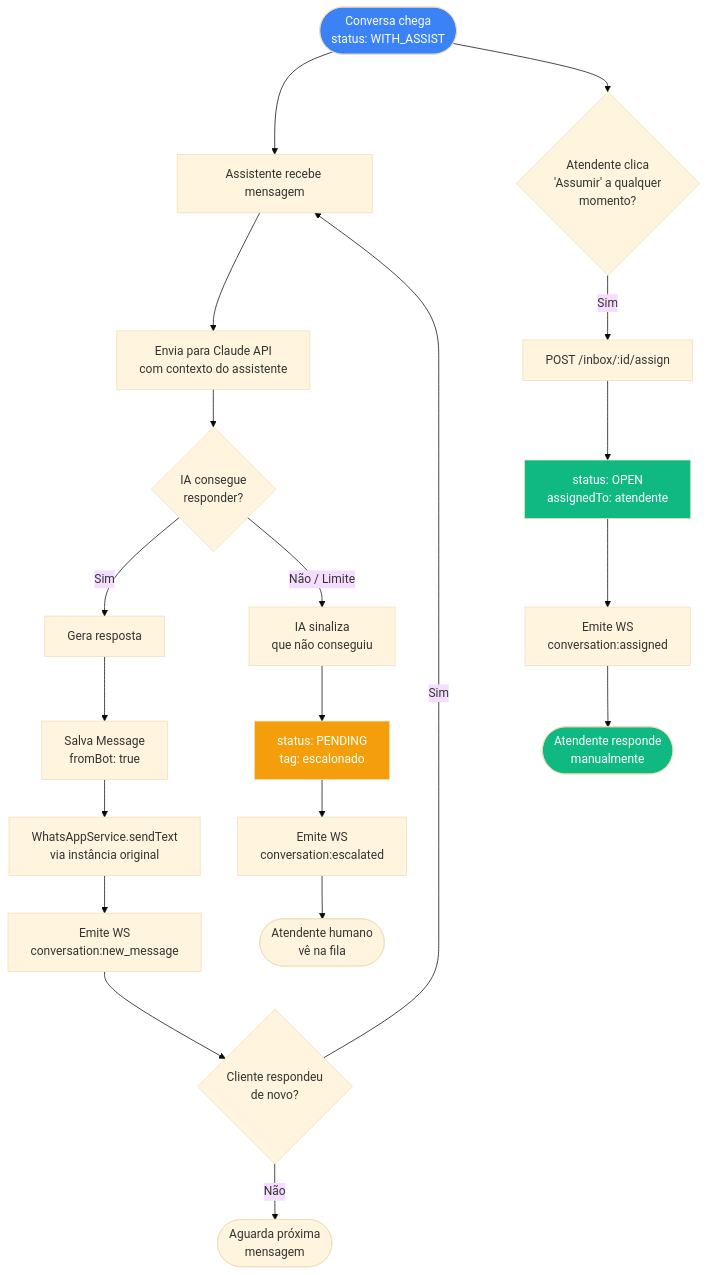
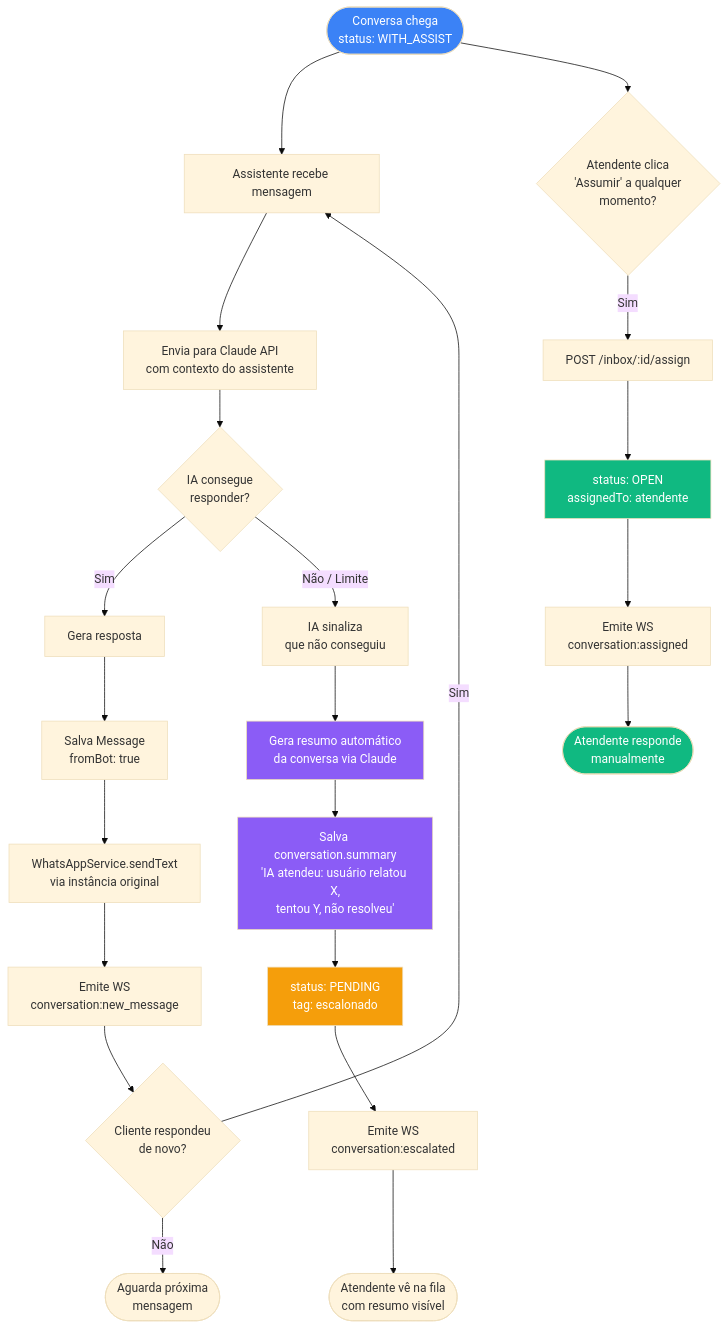
The third of 8 diagrams in docs/flows/FLUXOS.md (VictorD19/whatsapp-tools), drawn with Mermaid (base theme) before and after one commit. The commit also changed other lines of this file, not shown here.

First line of the commit message:
docs: atualiza fluxogramas com encerramento assistido por IA e campo summary

````diff
--- a/docs/flows/FLUXOS.md
+++ b/docs/flows/FLUXOS.md
@@ -83,30 +83,34 @@
 ```mermaid
 flowchart TD
     A([Conversa chega\nstatus: WITH_ASSIST]) --> B[Assistente recebe mensagem]
     B --> C[Envia para Claude API\ncom contexto do assistente]
     C --> D{IA consegue\nresponder?}
 
     D -->|Sim| E[Gera resposta]
     E --> F[Salva Message\nfromBot: true]
     F --> G[WhatsAppService.sendText\nvia instância original]
     G --> H[Emite WS\nconversation:new_message]
     H --> I{Cliente respondeu\nde novo?}
     I -->|Sim| B
     I -->|Não| J([Aguarda próxima\nmensagem])
 
-    D -->|Não / Limite| K[IA sinaliza\nque não conseguiu]
-    K --> L[status: PENDING\ntag: escalonado]
-    L --> M[Emite WS\nconversation:escalated]
-    M --> N([Atendente humano\nvê na fila])
+    D -->|Não / Limite| ESCALA[IA sinaliza\nque não conseguiu]
+    ESCALA --> ESCALA2[Gera resumo automático\nda conversa via Claude]
+    ESCALA2 --> ESCALA3[Salva conversation.summary\n'IA atendeu: usuário relatou X,\ntentou Y, não resolveu']
+    ESCALA3 --> ESCALA4[status: PENDING\ntag: escalonado]
+    ESCALA4 --> ESCALA5[Emite WS\nconversation:escalated]
+    ESCALA5 --> ESCALA6([Atendente vê na fila\ncom resumo visível])
 
     A --> O{Atendente clica\n'Assumir' a qualquer\nmomento?}
     O -->|Sim| P[POST /inbox/:id/assign]
     P --> Q[status: OPEN\nassignedTo: atendente]
     Q --> R[Emite WS\nconversation:assigned]
     R --> S([Atendente responde\nmanualmente])
 
     style A fill:#3B82F6,color:#fff
-    style L fill:#F59E0B,color:#fff
+    style ESCALA4 fill:#F59E0B,color:#fff
+    style ESCALA2 fill:#8B5CF6,color:#fff
+    style ESCALA3 fill:#8B5CF6,color:#fff
     style Q fill:#10B981,color:#fff
     style S fill:#10B981,color:#fff
 ```
````
